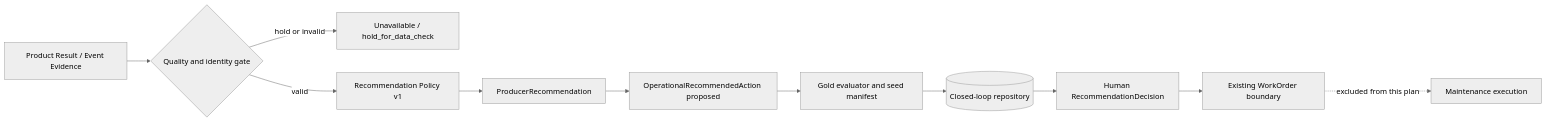
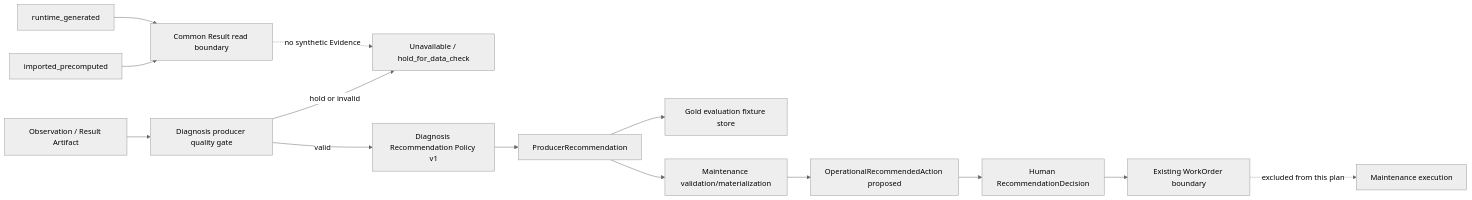
The diagram in docs/plans/2026-08-20-001-feat-recommendation-policy-gold-seed-plan.md (Biz-CollabCraft/ontology_dashboard), drawn with Mermaid (neutral theme) before and after one commit. The commit also changed other lines of this file, not shown here.

First line of the commit message:
docs: address recommendation plan review feedback

````diff
--- a/docs/plans/2026-08-20-001-feat-recommendation-policy-gold-seed-plan.md
+++ b/docs/plans/2026-08-20-001-feat-recommendation-policy-gold-seed-plan.md
@@ -97,13 +130,16 @@
 ```mermaid
 flowchart LR
-  A[Product Result / Event Evidence] --> B{Quality and identity gate}
+  A[Observation / Result Artifact] --> B[Diagnosis producer quality gate]
   B -->|hold or invalid| C[Unavailable / hold_for_data_check]
-  B -->|valid| D[Recommendation Policy v1]
+  B -->|valid| D[Diagnosis Recommendation Policy v1]
   D --> E[ProducerRecommendation]
-  E --> F[OperationalRecommendedAction proposed]
-  F --> G[Gold evaluator and seed manifest]
-  G --> H[(Closed-loop repository)]
+  E --> F[Gold evaluation fixture store]
+  E --> G[Maintenance validation/materialization]
+  G --> H[OperationalRecommendedAction proposed]
   H --> I[Human RecommendationDecision]
   I --> J[Existing WorkOrder boundary]
   J -. excluded from this plan .-> K[Maintenance execution]
+  L[imported_precomputed] --> M[Common Result read boundary]
+  N[runtime_generated] --> M
+  M -. no synthetic Evidence .-> C
 ```
````
